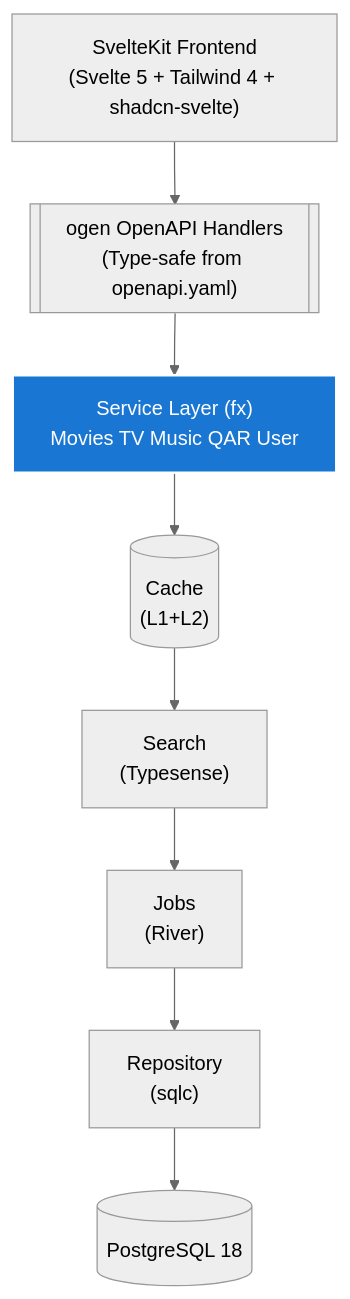
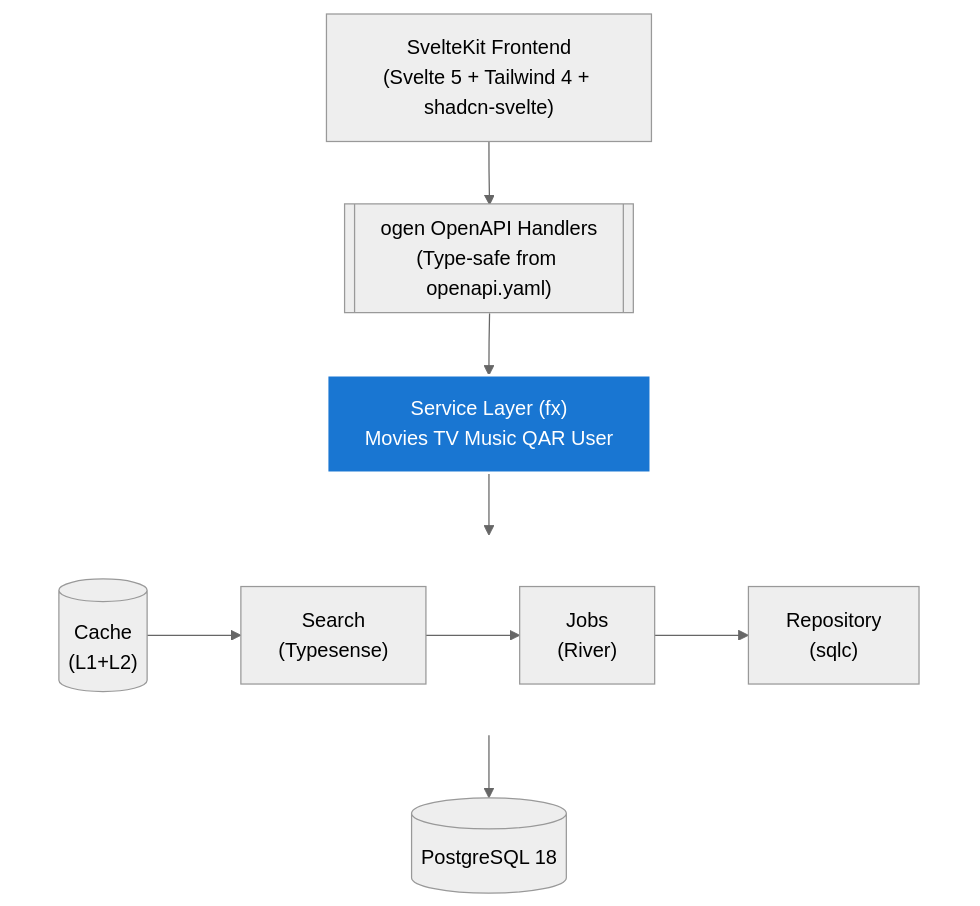
The diagram in docs/dev/design/technical/TECH_STACK.md (lusoris/revenge), drawn with Mermaid (neutral theme) before and after one commit. The commit also changed 210 other files, not shown here.

First line of the commit message:
feat(docs): Add horizontal layout support for Mermaid diagrams

````diff
--- a/docs/dev/design/technical/TECH_STACK.md
+++ b/docs/dev/design/technical/TECH_STACK.md
@@ -59,21 +59,27 @@
 ```mermaid
 flowchart TD
     node1["SvelteKit Frontend<br/>(Svelte 5 + Tailwind 4 + shadcn-svelte)"]
     node2[["ogen OpenAPI Handlers<br/>(Type-safe from openapi.yaml)"]]
     node3["Service Layer (fx)<br/>Movies TV Music QAR User"]
-    node4[("Cache<br/>(L1+L2)")]
-    node5["Search<br/>(Typesense)"]
-    node6["Jobs<br/>(River)"]
-    node7["Repository<br/>(sqlc)"]
+    subgraph row1[ ]
+        direction LR
+        node4[("Cache<br/>(L1+L2)")]
+        node5["Search<br/>(Typesense)"]
+        node6["Jobs<br/>(River)"]
+        node7["Repository<br/>(sqlc)"]
+    end
     node8[("PostgreSQL 18")]
     node4 --> node5
     node5 --> node6
     node6 --> node7
     node1 --> node2
     node2 --> node3
     node3 --> node4
     node7 --> node8
 
     %% Layer styling
     style node3 fill:#1976D2,stroke:#fff,stroke-width:2px,color:#fff
+
+    %% Hide row subgraph borders
+    style row1 fill:transparent,stroke:transparent
 ```
````
